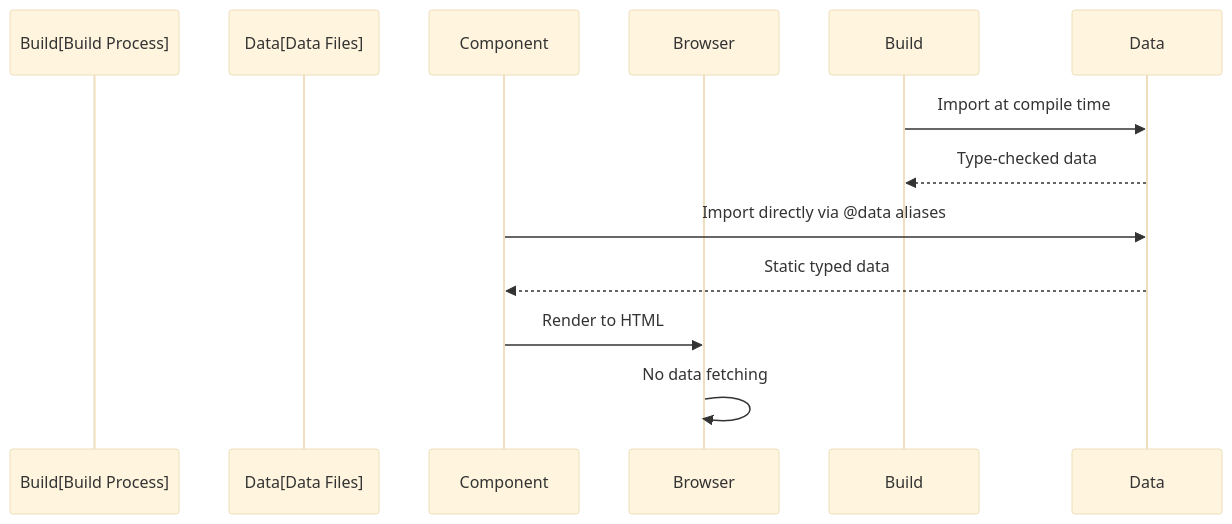
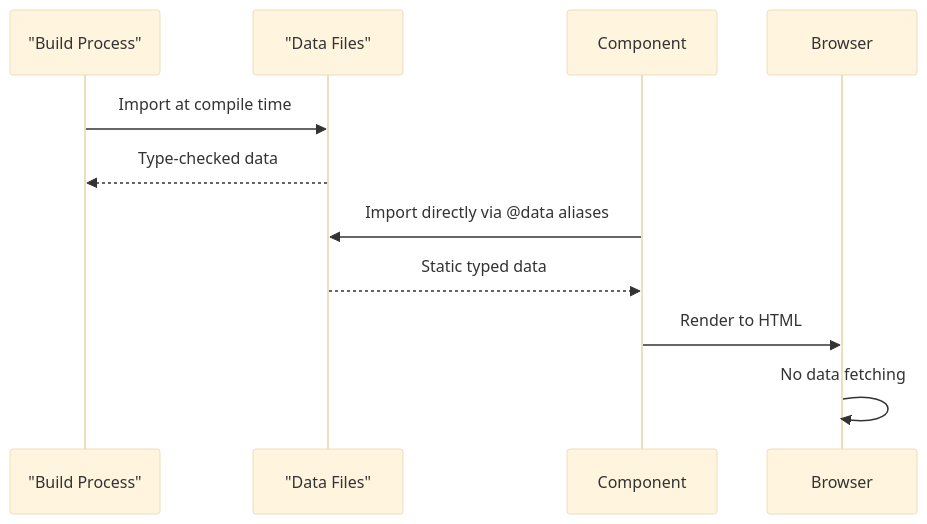
Before and after one commit to AlexJSully/AlexJSully-Portfolio: the diagram in docs/architecture/data.md, drawn with Mermaid (base theme). The commit also changed 9 other files, not shown here.

````diff
--- a/docs/architecture/data.md
+++ b/docs/architecture/data.md
@@ -7,16 +7,16 @@
 ```mermaid
 sequenceDiagram
     accTitle: Build-Time Data Integration Sequence
     accDescr: Shows how the build imports and type-checks data files at compile time, after which components import the data directly via @data aliases and render it to HTML, avoiding any runtime data fetching
-    participant Build[Build Process]
-    participant Data[Data Files]
+    participant Build as "Build Process"
+    participant Data as "Data Files"
     participant Component
     participant Browser
 
     Build->>Data: Import at compile time
     Data-->>Build: Type-checked data
     Component->>Data: Import directly via @data aliases
     Data-->>Component: Static typed data
     Component->>Browser: Render to HTML
     Browser->>Browser: No data fetching
 ```
````
